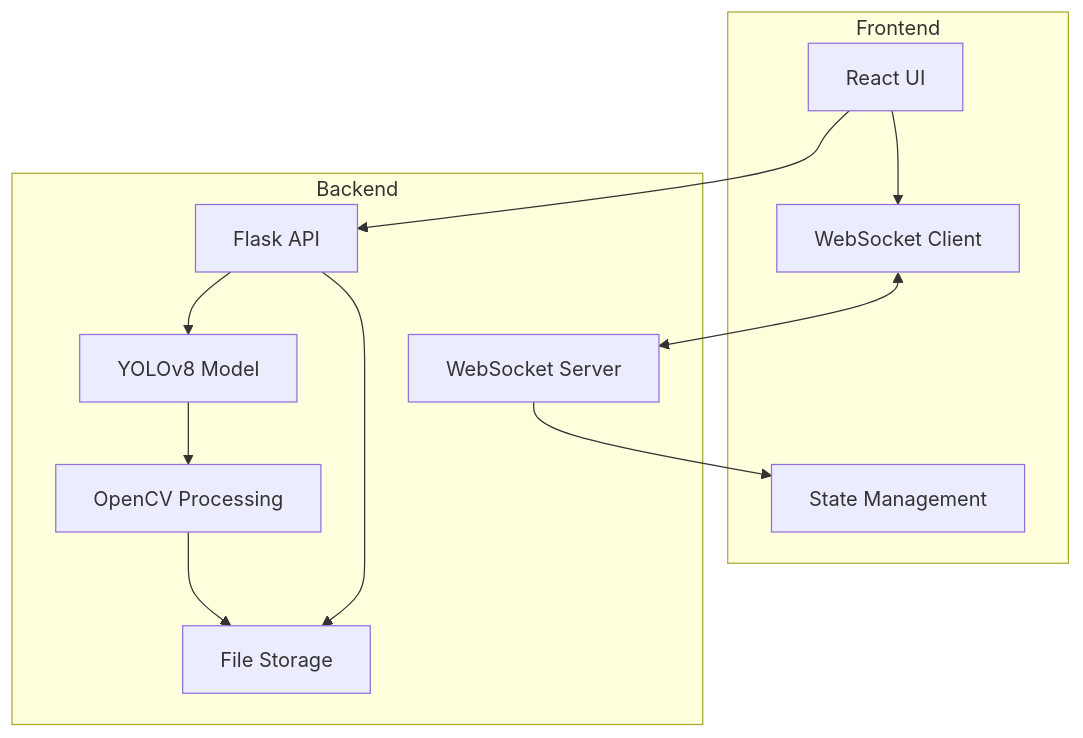
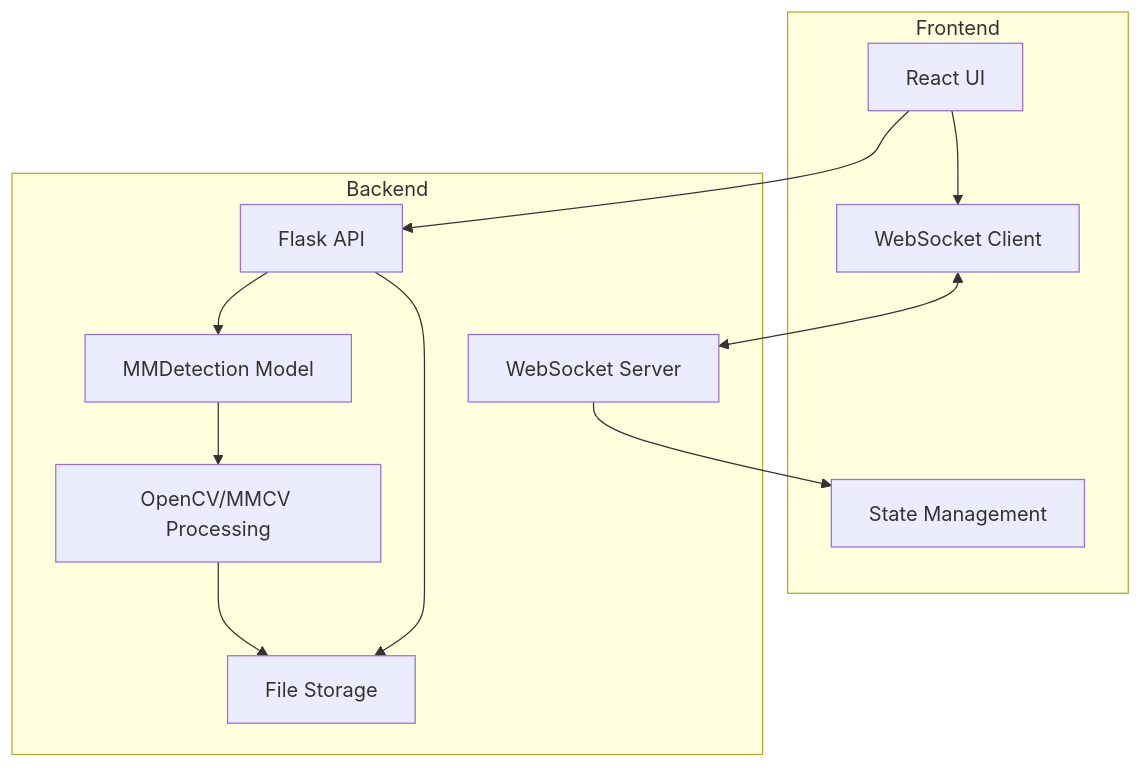
Before and after one commit to rnpnkr/threat-detector: the first of 3 diagrams in memory-bank/systemPatterns.md, drawn with Mermaid. The commit also changed other lines of this file and 13 other files, not shown here.

````diff
--- a/memory-bank/systemPatterns.md
+++ b/memory-bank/systemPatterns.md
@@ -5,25 +5,25 @@
 ```mermaid
 graph TD
     subgraph Frontend
         UI[React UI]
         WS[WebSocket Client]
         State[State Management]
     end
 
     subgraph Backend
         API[Flask API]
         WSS[WebSocket Server]
-        Model[YOLOv8 Model]
-        CV[OpenCV Processing]
+        Model[MMDetection Model]
+        CV[OpenCV/MMCV Processing]
         Storage[File Storage]
     end
 
     UI --> WS
     WS <--> WSS
     UI --> API
     API --> Model
     Model --> CV
     CV --> Storage
     API --> Storage
     WSS --> State
 ```
````
